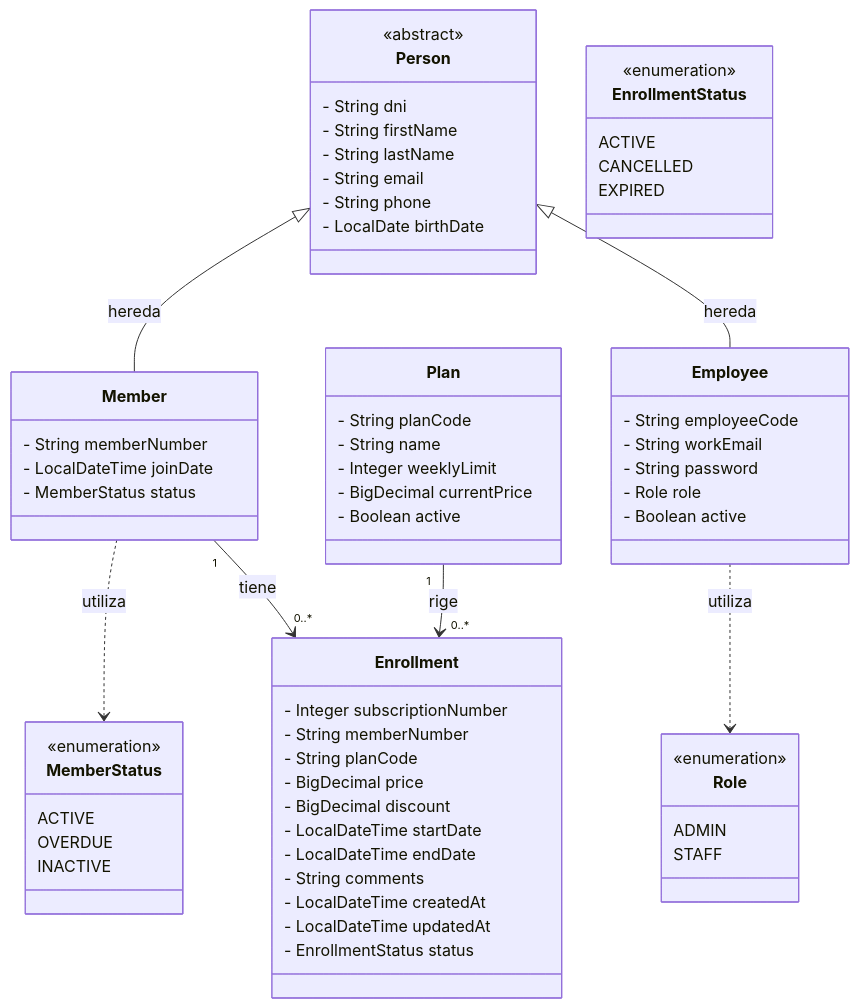
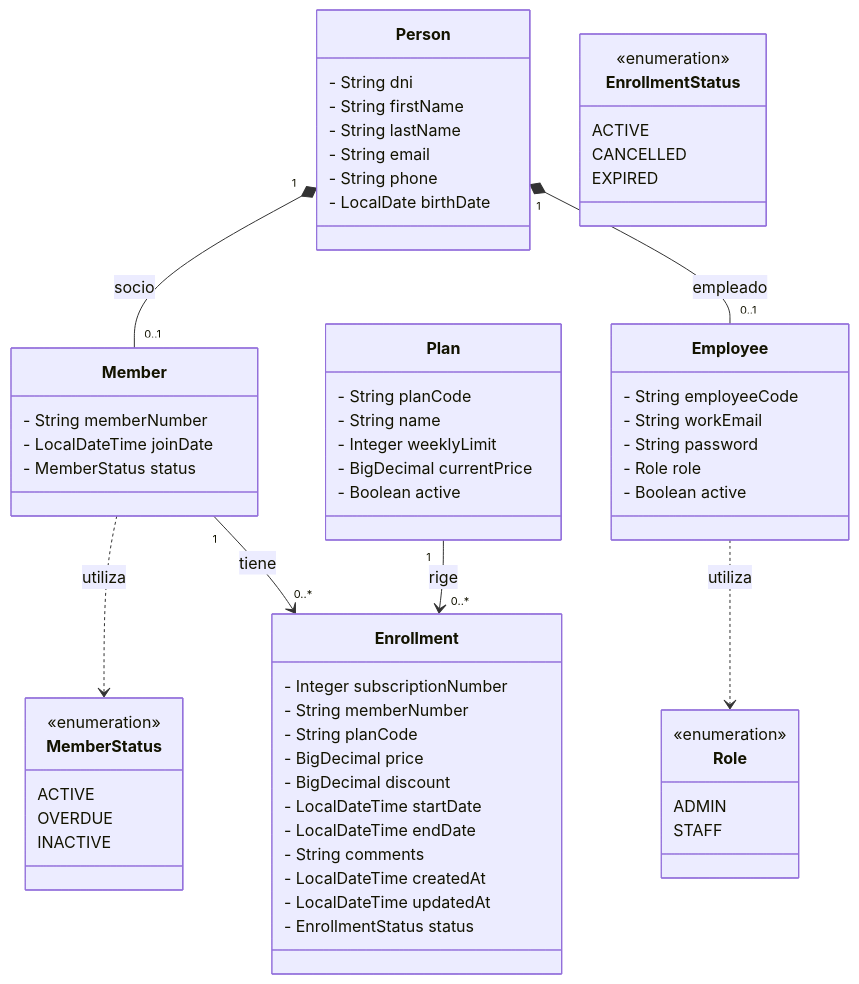
One commit to santiagovOK/TFI_grupo144 changed the first of 2 diagrams in docs/entidades.md. Above: the diagram before and after it, drawn with Mermaid. The commit also changed other lines of this file, not shown here.

Commit message:
docs(entidades): cambiar la herencia de Person por roles opcionales

````diff
--- a/docs/entidades.md
+++ b/docs/entidades.md
@@ -13,77 +13,76 @@
 ```mermaid
 classDiagram
     direction TB
 
     class Person {
-        <<abstract>>
         - String dni
         - String firstName
         - String lastName
         - String email
         - String phone
         - LocalDate birthDate
     }
 
     class Member {
         - String memberNumber
         - LocalDateTime joinDate
         - MemberStatus status
     }
 
     class Employee {
         - String employeeCode
         - String workEmail
         - String password
         - Role role
         - Boolean active
     }
 
     class Plan {
         - String planCode
         - String name
         - Integer weeklyLimit
         - BigDecimal currentPrice
         - Boolean active
     }
 
     class Enrollment {
         - Integer subscriptionNumber
         - String memberNumber
         - String planCode
         - BigDecimal price
         - BigDecimal discount
         - LocalDateTime startDate
         - LocalDateTime endDate
         - String comments
         - LocalDateTime createdAt
         - LocalDateTime updatedAt
         - EnrollmentStatus status
     }
 
     class EnrollmentStatus {
         <<enumeration>>
         ACTIVE
         CANCELLED
         EXPIRED
     }
     class Role {
         <<enumeration>>
         ADMIN
         STAFF
     }
 
     class MemberStatus {
         <<enumeration>>
         ACTIVE
         OVERDUE
         INACTIVE
     }
 
 
-    Person <|-- Member : hereda
-    Person <|-- Employee : hereda
+    Person "1" *-- "0..1" Member : socio
+    Person "1" *-- "0..1" Employee : empleado
     Employee ..> Role : utiliza
     Member ..> MemberStatus : utiliza
     Member "1" --> "0..*" Enrollment : tiene
     Plan "1" --> "0..*" Enrollment : rige
 ```
````
